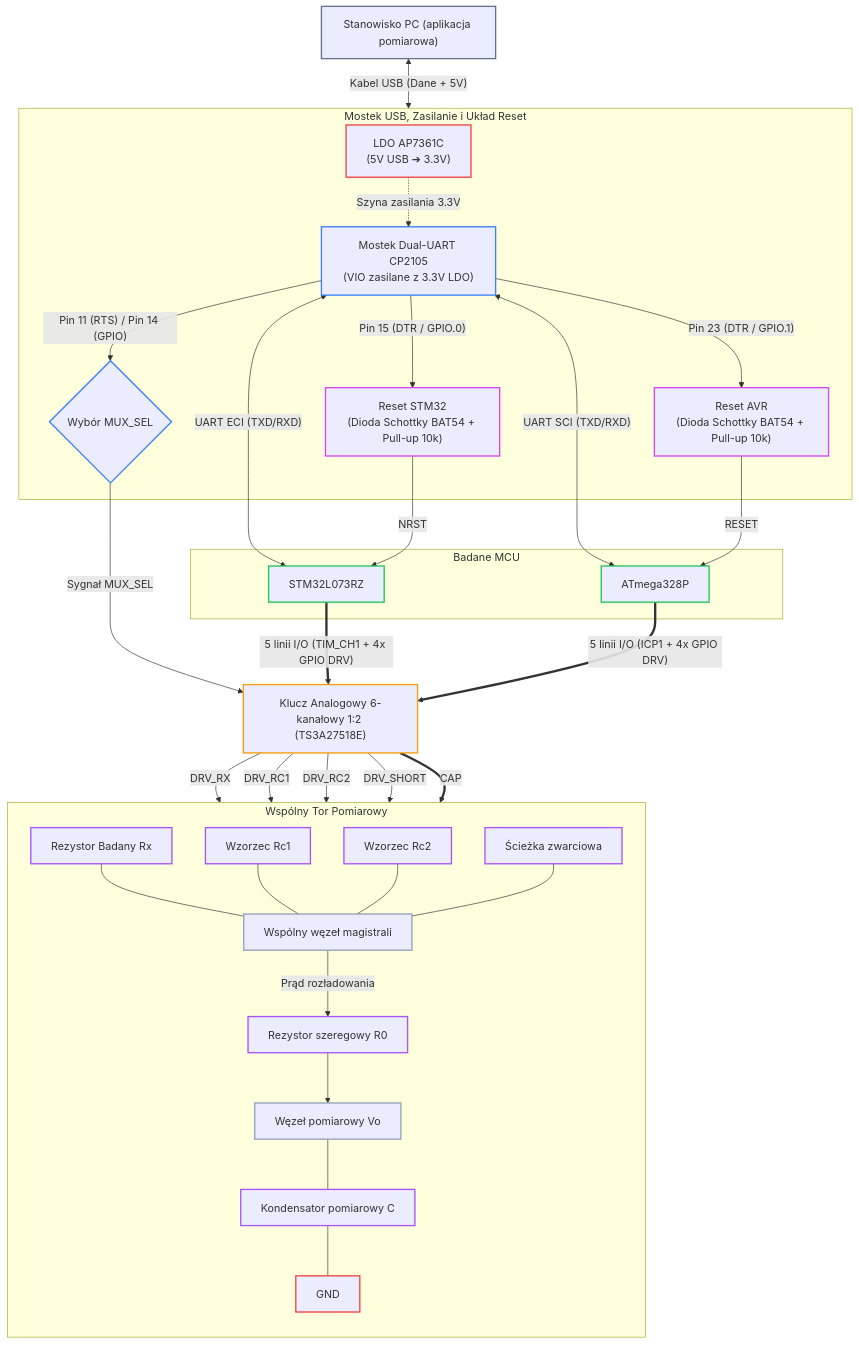
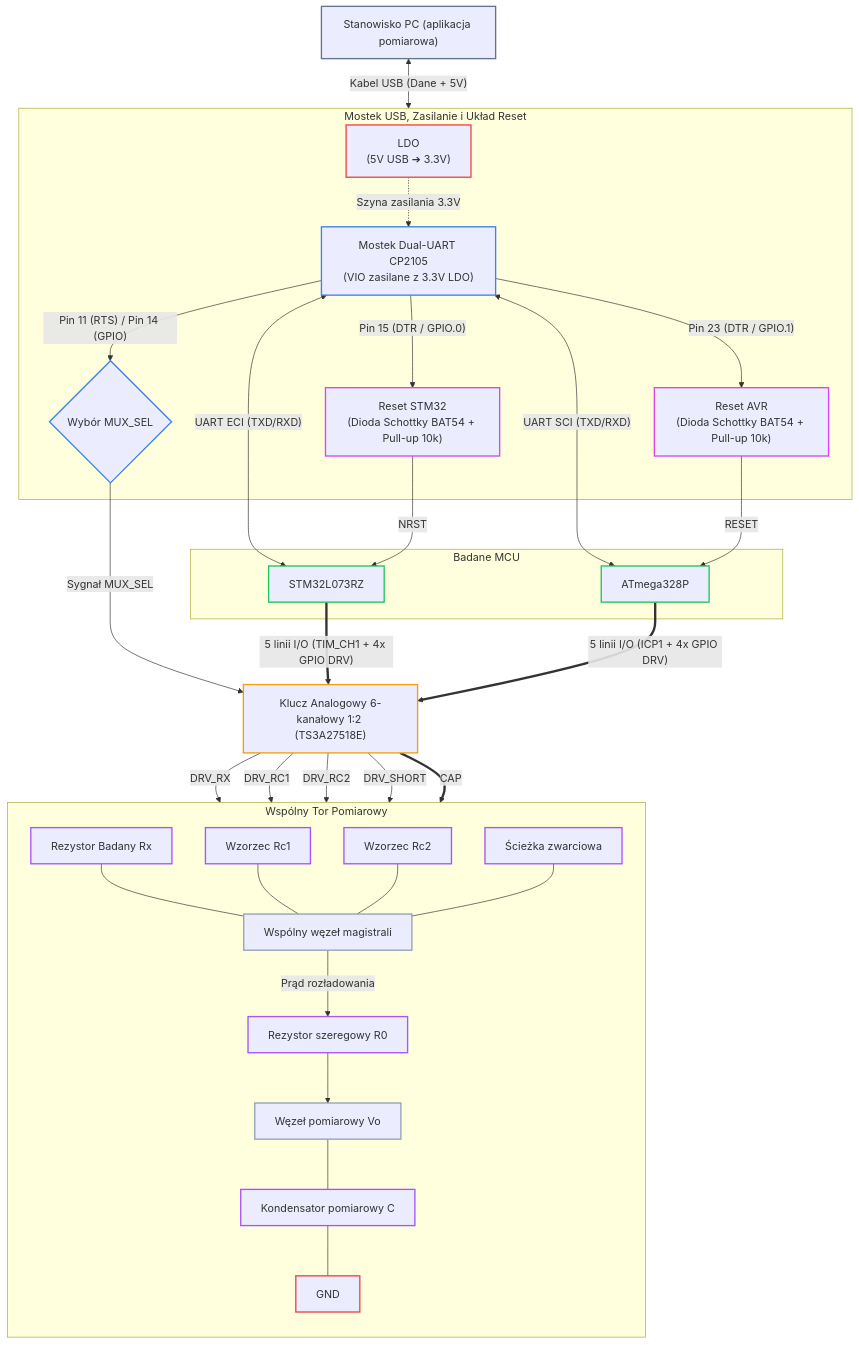
One commit to trebuHE/PDM-DIC-RS changed the diagram in docs/concept.md. Above: the diagram before and after it, drawn with Mermaid. The commit also changed other lines of this file, not shown here.

````diff
--- a/docs/concept.md
+++ b/docs/concept.md
@@ -29,74 +27,74 @@
 ```mermaid
   flowchart TB
     subgraph InterfaceSection["Mostek USB, Zasilanie i Układ Reset"]
-        LDO["LDO AP7361C\n(5V USB ➔ 3.3V)"]:::pwrStyle
+        LDO["LDO \n(5V USB ➔ 3.3V)"]:::pwrStyle
         CP2105["Mostek Dual-UART CP2105\n(VIO zasilane z 3.3V LDO)"]:::commStyle
         RST_STM["Reset STM32\n(Dioda Schottky BAT54 + Pull-up 10k)"]:::rstStyle
         RST_AVR["Reset AVR\n(Dioda Schottky BAT54 + Pull-up 10k)"]:::rstStyle
         MUX_JUMP{"Wybór MUX_SEL"}:::commStyle
     end
 
     subgraph MCUSection["Badane MCU"]
         STM32["STM32L073RZ"]:::mcuStyle
         AVR["ATmega328P"]:::mcuStyle
     end
 
     MUX["Klucz Analogowy 6-kanałowy 1:2 (TS3A27518E)"]:::muxStyle
 
     subgraph CircuitSection["Wspólny Tor Pomiarowy"]
         direction TB
         RX["Rezystor Badany Rx"]:::circuitStyle
         RC1["Wzorzec Rc1"]:::circuitStyle
         RC2["Wzorzec Rc2"]:::circuitStyle
         SHORT["Ścieżka zwarciowa"]:::circuitStyle
 
         SUM_NODE["Wspólny węzeł magistrali"]:::nodeStyle
         R0["Rezystor szeregowy R0"]:::circuitStyle
         VO_NODE["Węzeł pomiarowy Vo"]:::nodeStyle
         CAP_C["Kondensator pomiarowy C"]:::circuitStyle
         GND["GND"]:::pwrStyle
     end
 
     PC["Stanowisko PC (aplikacja pomiarowa)"]:::pcStyle
     PC <-->|"Kabel USB (Dane + 5V)"| InterfaceSection
     LDO -.->|"Szyna zasilania 3.3V"| CP2105
     
     CP2105 -->|"Pin 15 (DTR / GPIO.0)"| RST_STM
     CP2105 -->|"Pin 23 (DTR / GPIO.1)"| RST_AVR
     CP2105 -->|"Pin 11 (RTS) / Pin 14 (GPIO)"| MUX_JUMP
 
     CP2105 <-->|"UART ECI (TXD/RXD)"| STM32
     CP2105 <-->|"UART SCI (TXD/RXD)"| AVR
 
     RST_STM -->|"NRST"| STM32
     RST_AVR -->|"RESET"| AVR
 
     MUX_JUMP -->|"Sygnał MUX_SEL"| MUX
     STM32 ==>|"5 linii I/O (TIM_CH1 + 4x GPIO DRV)"| MUX
     AVR ==>|"5 linii I/O (ICP1 + 4x GPIO DRV)"| MUX
 
     RX --- SUM_NODE
     RC1 --- SUM_NODE
     RC2 --- SUM_NODE
     SHORT --- SUM_NODE
 
     SUM_NODE -->|"Prąd rozładowania"| R0
     R0 --> VO_NODE
     VO_NODE --- CAP_C
     CAP_C --- GND
 
     MUX -->|"DRV_RX"| RX
     MUX -->|"DRV_RC1"| RC1
     MUX -->|"DRV_RC2"| RC2
     MUX -->|"DRV_SHORT"| SHORT
     MUX ==>|"CAP"| VO_NODE
 
     classDef pcStyle stroke:#64748b,stroke-width:2px;
     classDef pwrStyle stroke:#ef4444,stroke-width:2px;
     classDef commStyle stroke:#3b82f6,stroke-width:2px;
     classDef rstStyle stroke:#d946ef,stroke-width:2px;
     classDef mcuStyle stroke:#22c55e,stroke-width:2px;
     classDef muxStyle stroke:#f59e0b,stroke-width:2px;
     classDef circuitStyle stroke:#a855f7,stroke-width:2px;
     classDef nodeStyle stroke:#94a3b8,stroke-width:2px;
 ```
````
